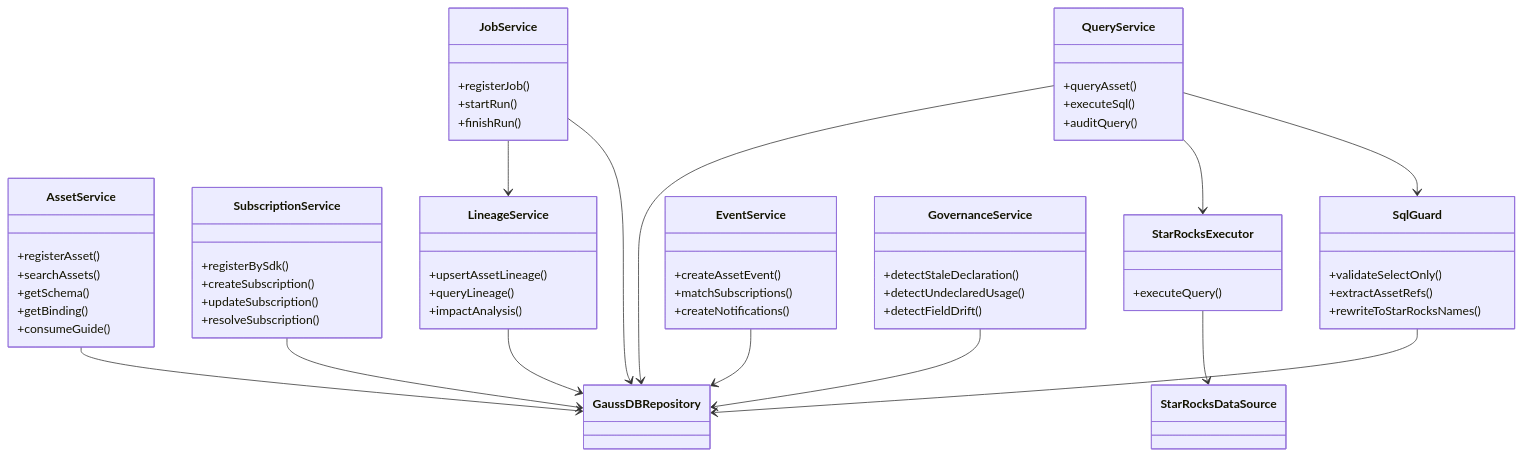
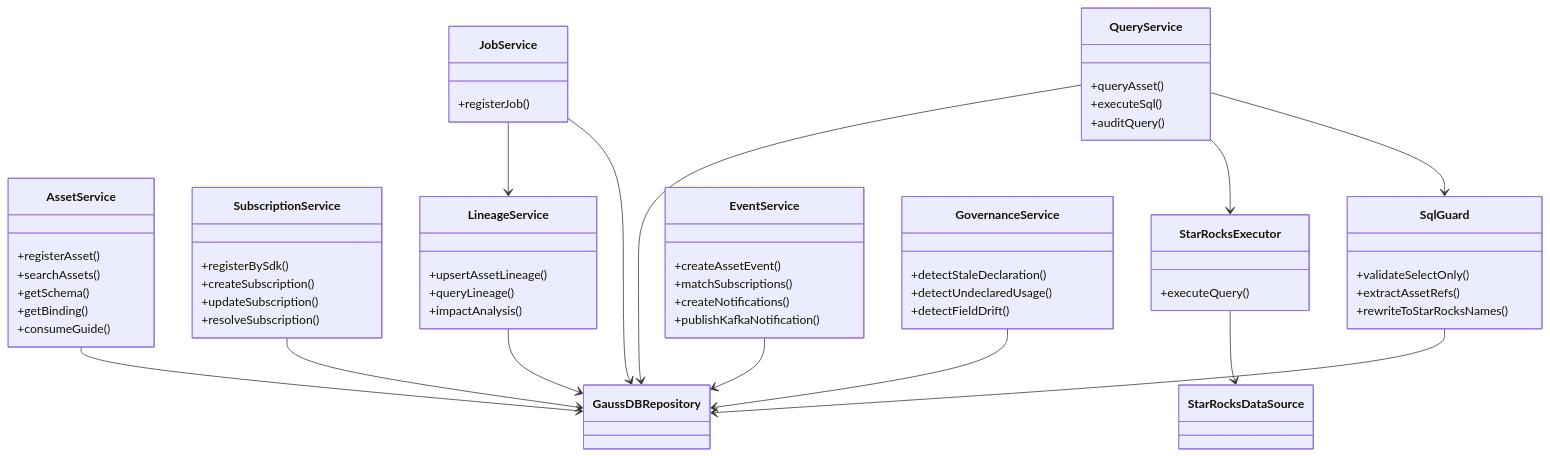
The second of 10 diagrams in docs/superpowers/specs/2026-06-10-data-product-governance-design.md (w00125533/data-gov), drawn with Mermaid before and after one commit. The commit also changed other lines of this file, not shown here.

Commit message:
docs: revise sdk notification and job declaration design

````diff
--- a/docs/superpowers/specs/2026-06-10-data-product-governance-design.md
+++ b/docs/superpowers/specs/2026-06-10-data-product-governance-design.md
@@ -824,73 +808,72 @@
 ```mermaid
 classDiagram
     class AssetService {
       +registerAsset()
       +searchAssets()
       +getSchema()
       +getBinding()
       +consumeGuide()
     }
 
     class SubscriptionService {
       +registerBySdk()
       +createSubscription()
       +updateSubscription()
       +resolveSubscription()
     }
 
     class QueryService {
       +queryAsset()
       +executeSql()
       +auditQuery()
     }
 
     class SqlGuard {
       +validateSelectOnly()
       +extractAssetRefs()
       +rewriteToStarRocksNames()
     }
 
     class StarRocksExecutor {
       +executeQuery()
     }
 
     class JobService {
       +registerJob()
-      +startRun()
-      +finishRun()
     }
 
     class LineageService {
       +upsertAssetLineage()
       +queryLineage()
       +impactAnalysis()
     }
 
     class EventService {
       +createAssetEvent()
       +matchSubscriptions()
       +createNotifications()
+      +publishKafkaNotification()
     }
 
     class GovernanceService {
       +detectStaleDeclaration()
       +detectUndeclaredUsage()
       +detectFieldDrift()
     }
 
     class GaussDBRepository
     class StarRocksDataSource
 
     AssetService --> GaussDBRepository
     SubscriptionService --> GaussDBRepository
     QueryService --> SqlGuard
     QueryService --> StarRocksExecutor
     QueryService --> GaussDBRepository
     SqlGuard --> GaussDBRepository
     StarRocksExecutor --> StarRocksDataSource
     JobService --> GaussDBRepository
     JobService --> LineageService
     LineageService --> GaussDBRepository
     EventService --> GaussDBRepository
     GovernanceService --> GaussDBRepository
 ```
````
